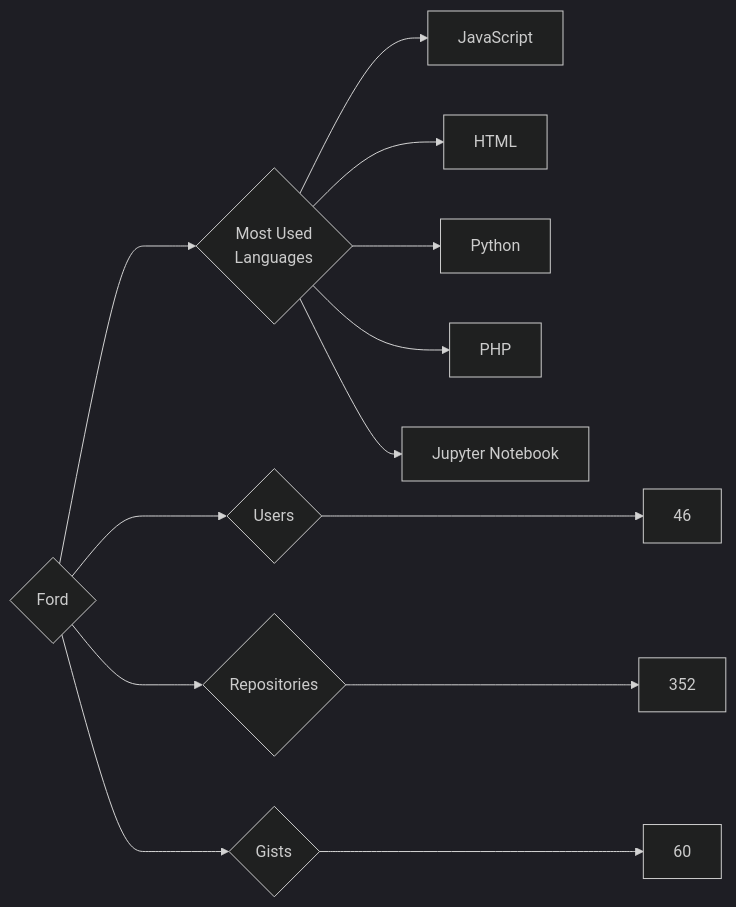
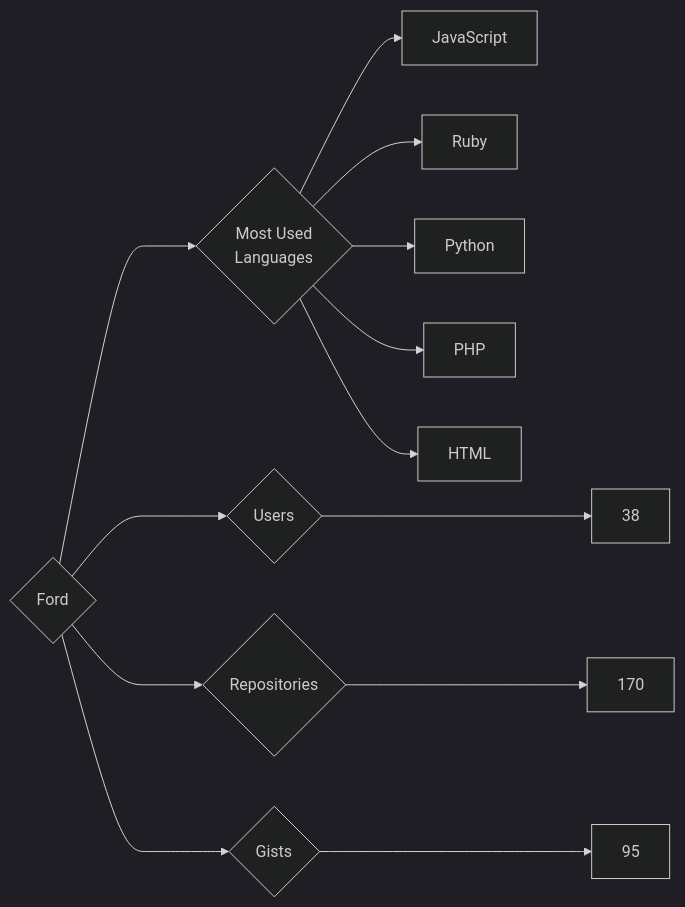
Before and after one commit to trickest/insiders: the diagram in targets/Ford/README.md, drawn with Mermaid (dark theme). The commit also changed 882 other files, not shown here.

````diff
--- a/targets/Ford/README.md
+++ b/targets/Ford/README.md
@@ -3,13 +3,13 @@
 ```mermaid
 graph LR
 COMPANY_NAME{Ford}
-COMPANY_NAME ---> U{Users} ---> UN[46]
-COMPANY_NAME ---> R{Repositories} ---> RN[352]
-COMPANY_NAME ---> G{Gists} ---> GN[60]
+COMPANY_NAME ---> U{Users} ---> UN[38]
+COMPANY_NAME ---> R{Repositories} ---> RN[170]
+COMPANY_NAME ---> G{Gists} ---> GN[95]
 COMPANY_NAME ---> ML{Most Used<br>Languages}
 ML --> JavaScript[JavaScript]
-ML --> HTML[HTML]
+ML --> Ruby[Ruby]
 ML --> Python[Python]
 ML --> PHP[PHP]
-ML --> Jupyter_Notebook[Jupyter Notebook]
+ML --> HTML[HTML]
 ```
````
